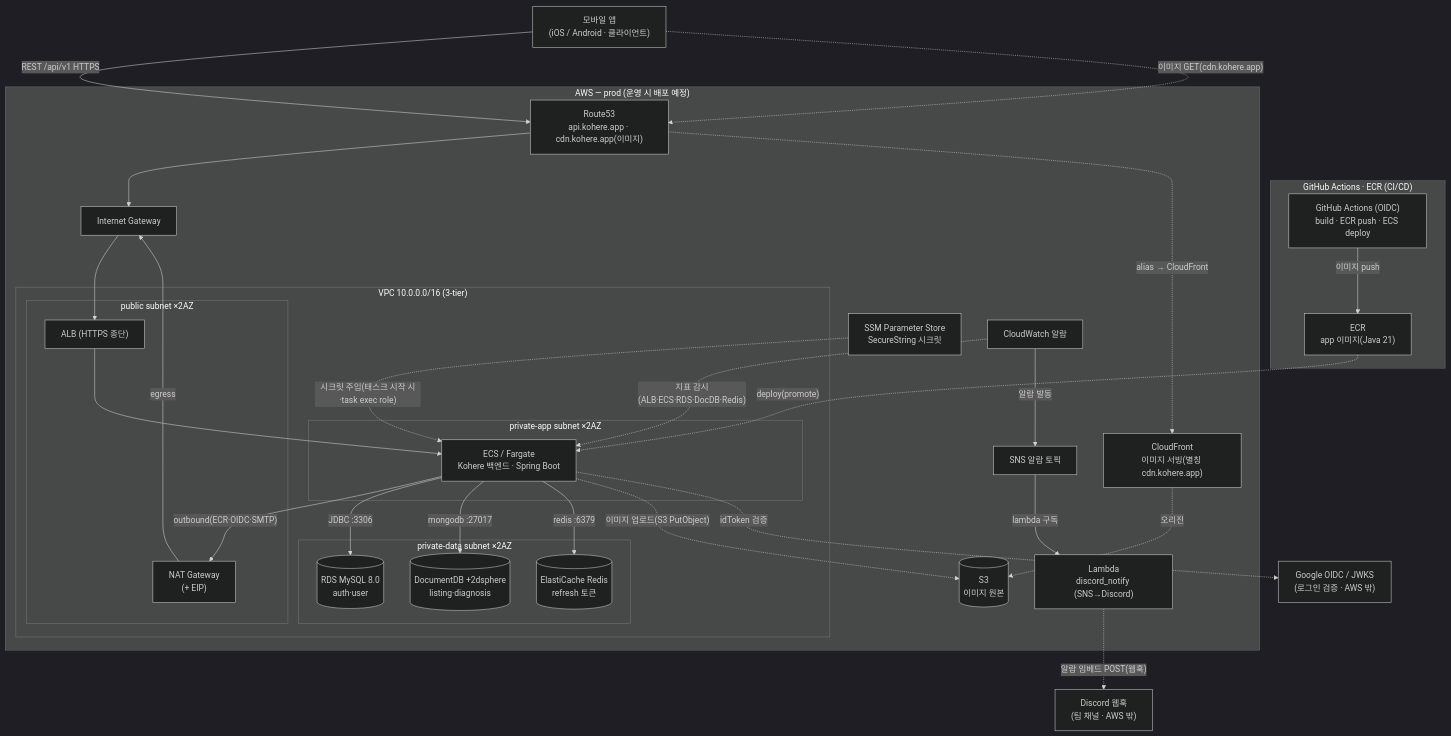
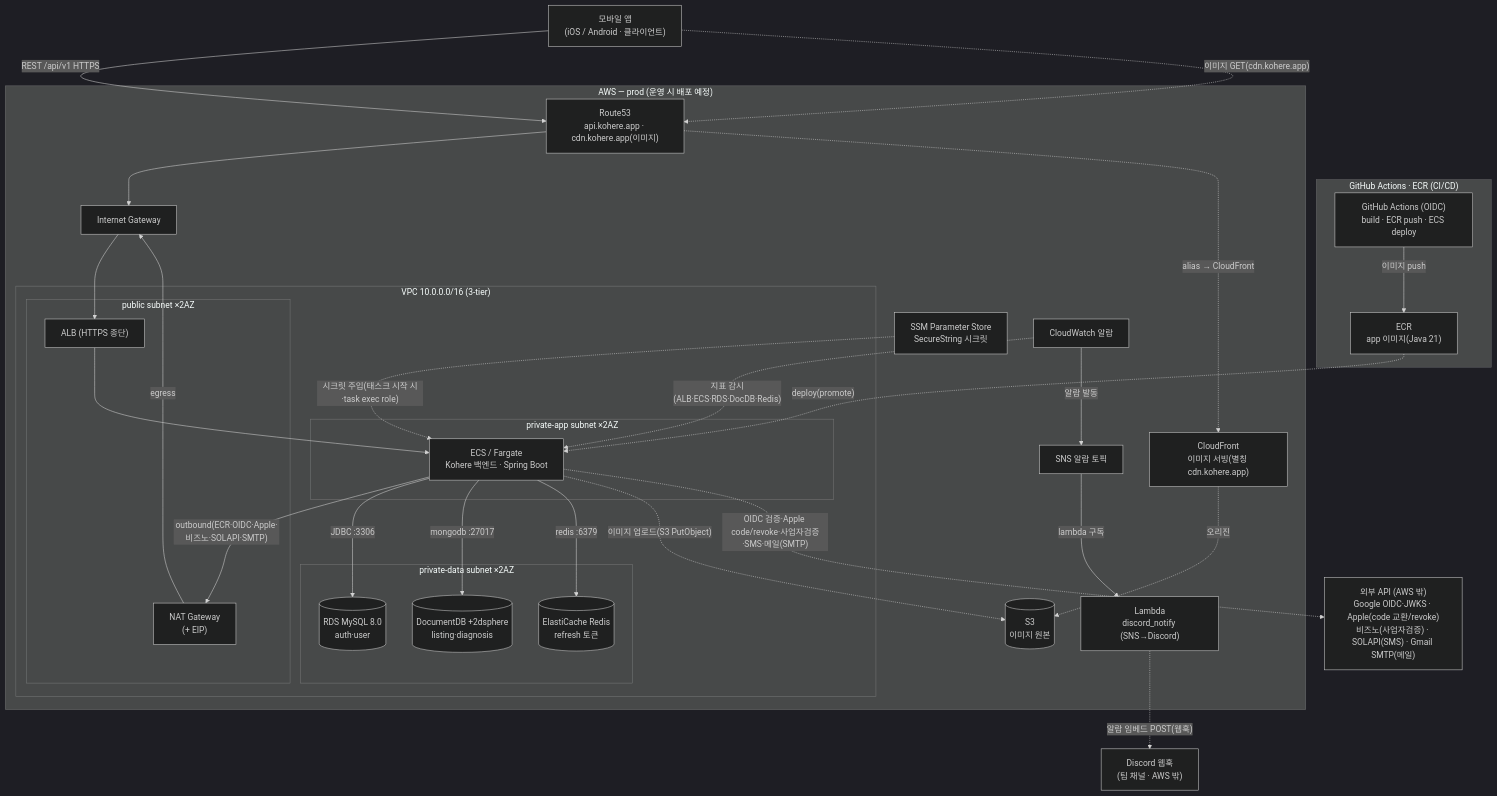
Before and after one commit to jameskim9509/Kohere-backend: the fourth of 5 diagrams in docs/architecture/system-overview.md, drawn with Mermaid (dark theme). The commit also changed other lines of this file and 94 other files, not shown here.

First line of the commit message:
feat(auth): 임대인 온보딩·연락처 SMS(SOLAPI)·사업자번호 검증(비즈노) (#73)

````diff
--- a/docs/architecture/system-overview.md
+++ b/docs/architecture/system-overview.md
@@ -176,58 +185,58 @@
 ```mermaid
 flowchart TB
     APP["모바일 앱<br/>(iOS / Android · 클라이언트)"]
-    EXT["Google OIDC / JWKS<br/>(로그인 검증 · AWS 밖)"]
+    EXT["외부 API (AWS 밖)<br/>Google OIDC·JWKS · Apple(code 교환/revoke)<br/>비즈노(사업자검증) · SOLAPI(SMS) · Gmail SMTP(메일)"]
     DISCORD["Discord 웹훅<br/>(팀 채널 · AWS 밖)"]
 
     subgraph CICD["GitHub Actions · ECR (CI/CD)"]
       GHA["GitHub Actions (OIDC)<br/>build · ECR push · ECS deploy"]
       ECR["ECR<br/>app 이미지(Java 21)"]
     end
 
     subgraph AWS["AWS — prod (운영 시 배포 예정)"]
       R53["Route53<br/>api.kohere.app · cdn.kohere.app(이미지)"]
       CF["CloudFront<br/>이미지 서빙(별칭 cdn.kohere.app)"]
       S3IMG[("S3<br/>이미지 원본")]
       SSM["SSM Parameter Store<br/>SecureString 시크릿"]
       CW["CloudWatch 알람"]
       SNS["SNS 알람 토픽"]
       LMBD["Lambda<br/>discord_notify (SNS→Discord)"]
       IGW["Internet Gateway"]
       subgraph VPC["VPC 10.0.0.0/16 (3-tier)"]
         subgraph PUB["public subnet ×2AZ"]
           ALB["ALB (HTTPS 종단)"]
           NAT["NAT Gateway<br/>(+ EIP)"]
         end
         subgraph APPNET["private-app subnet ×2AZ"]
           FARGATE["ECS / Fargate<br/>Kohere 백엔드 · Spring Boot"]
         end
         subgraph DATANET["private-data subnet ×2AZ"]
           RDS[("RDS MySQL 8.0<br/>auth·user")]
           MONGO[("DocumentDB +2dsphere<br/>listing·diagnosis")]
           ELASTI[("ElastiCache Redis<br/>refresh 토큰")]
         end
       end
     end
 
     GHA -- "이미지 push" --> ECR
     ECR -. "deploy(promote)" .-> FARGATE
     APP -- "REST /api/v1 HTTPS" --> R53
     R53 --> IGW
     IGW --> ALB
     ALB --> FARGATE
-    FARGATE -- "outbound(ECR·OIDC·SMTP)" --> NAT
+    FARGATE -- "outbound(ECR·OIDC·Apple·비즈노·SOLAPI·SMTP)" --> NAT
     NAT -- "egress" --> IGW
     SSM -. "시크릿 주입(태스크 시작 시·task exec role)" .-> FARGATE
     FARGATE -- "JDBC :3306" --> RDS
     FARGATE -- "mongodb :27017" --> MONGO
     FARGATE -- "redis :6379" --> ELASTI
     FARGATE -. "이미지 업로드(S3 PutObject)" .-> S3IMG
     CF -. "오리진" .-> S3IMG
     APP -. "이미지 GET(cdn.kohere.app)" .-> R53
     R53 -. "alias → CloudFront" .-> CF
-    FARGATE -. "idToken 검증" .-> EXT
+    FARGATE -. "OIDC 검증·Apple code/revoke·사업자검증·SMS·메일(SMTP)" .-> EXT
     CW -. "지표 감시(ALB·ECS·RDS·DocDB·Redis)" .-> FARGATE
     CW -- "알람 발동" --> SNS
     SNS -- "lambda 구독" --> LMBD
     LMBD -. "알람 임베드 POST(웹훅)" .-> DISCORD
 ```
````
